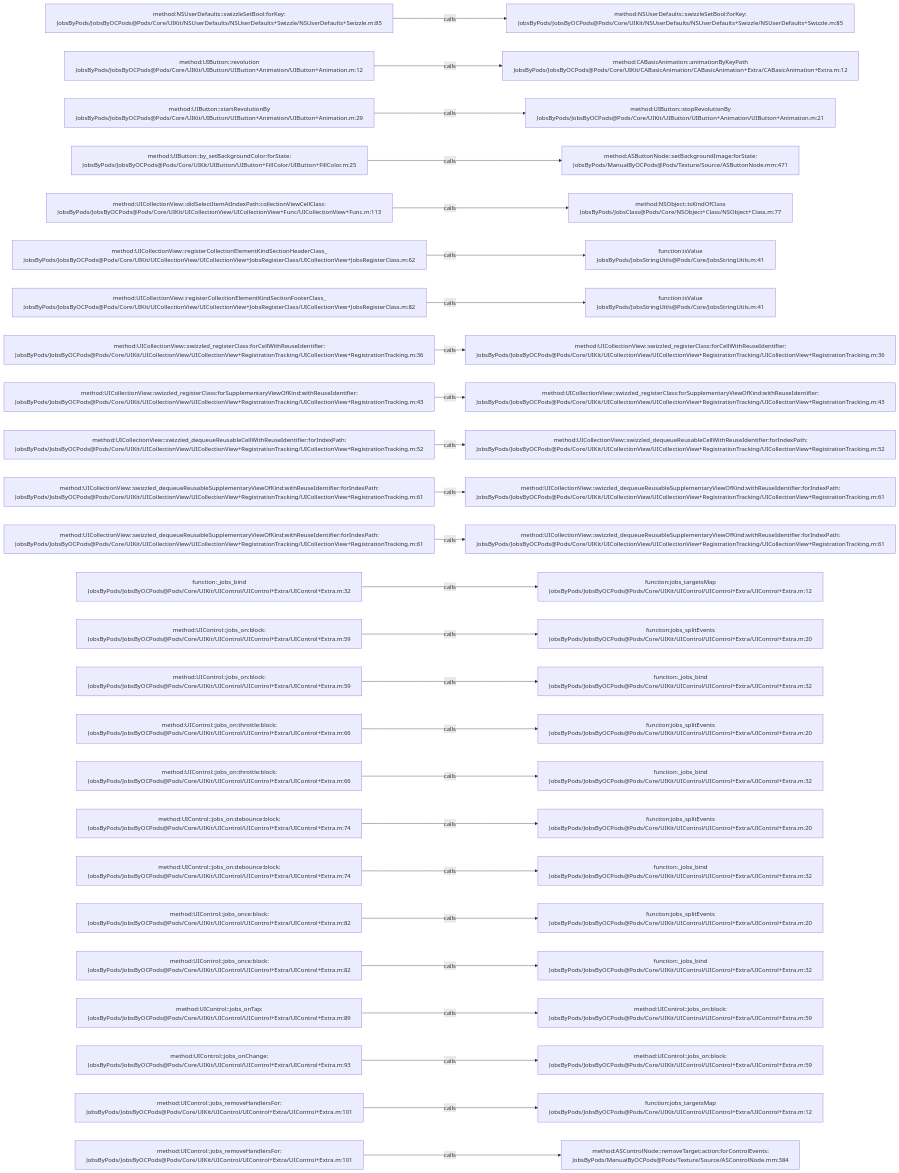
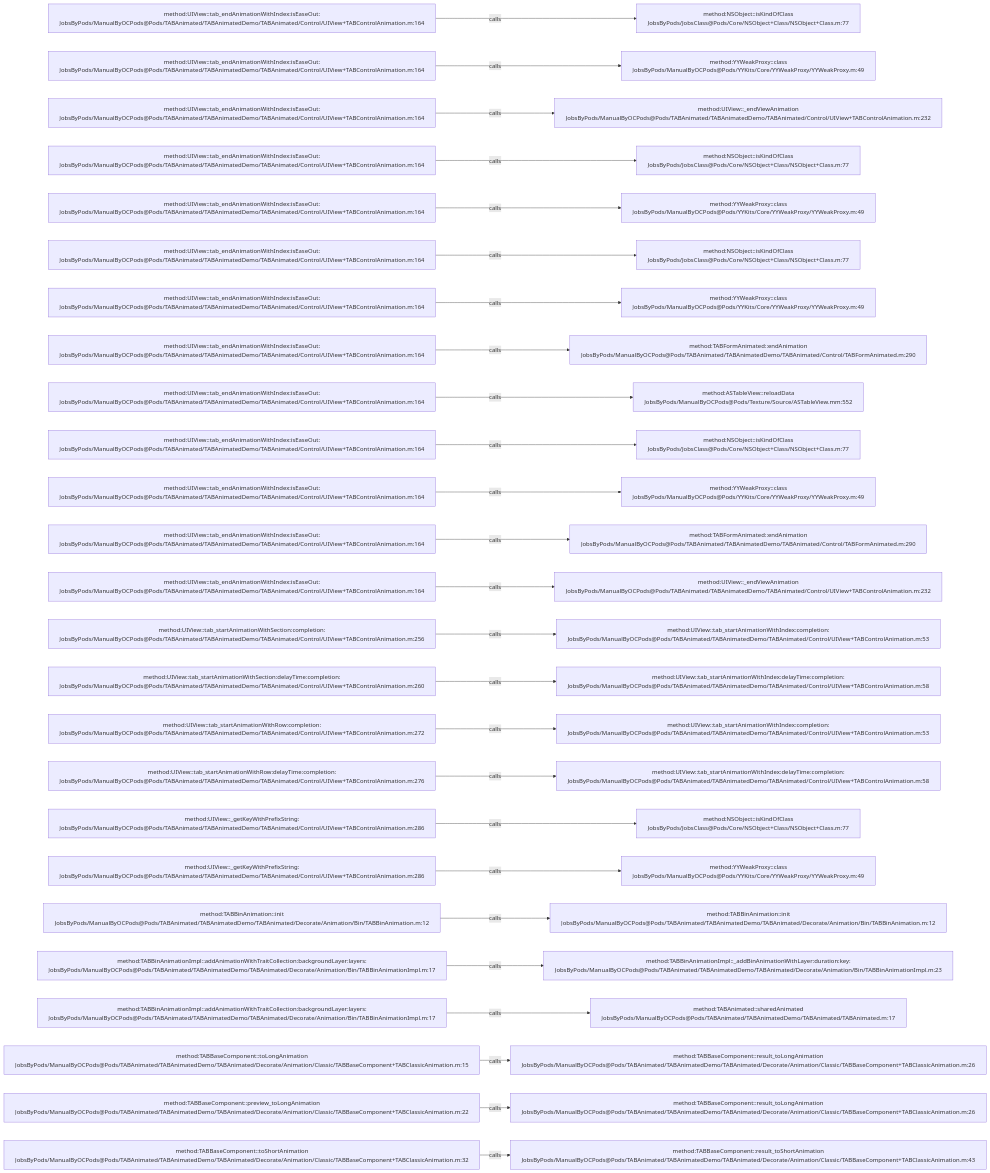
One commit to JobsKits/JobsOCBaseConfigDemo changed the diagram in .codegraph/codegraph.md/graphs/calls-035.md. Above: the diagram before and after it, drawn with Mermaid. The commit also changed 2162 other files, not shown here.

````diff
--- a/.codegraph/codegraph.md/graphs/calls-035.md
+++ b/.codegraph/codegraph.md/graphs/calls-035.md
@@ -13,78 +13,78 @@
 ```mermaid
 flowchart LR
-  S1["method:NSUserDefaults::swizzleSetBool:forKey:<br/>JobsByPods/JobsByOCPods@Pods/Core/UIKit/NSUserDefaults/NSUserDefaults+Swizzle/NSUserDefaults+Swizzle.m:85"]
-  T1["method:NSUserDefaults::swizzleSetBool:forKey:<br/>JobsByPods/JobsByOCPods@Pods/Core/UIKit/NSUserDefaults/NSUserDefaults+Swizzle/NSUserDefaults+Swizzle.m:85"]
+  S1["method:UIView::tab_endAnimationWithIndex:isEaseOut:<br/>JobsByPods/ManualByOCPods@Pods/TABAnimated/TABAnimatedDemo/TABAnimated/Control/UIView+TABControlAnimation.m:164"]
+  T1["method:NSObject::isKindOfClass<br/>JobsByPods/JobsClass@Pods/Core/NSObject+Class/NSObject+Class.m:77"]
   S1 -->|calls| T1
-  S2["method:UIButton::revolution<br/>JobsByPods/JobsByOCPods@Pods/Core/UIKit/UIButton/UIButton+Animation/UIButton+Animation.m:12"]
-  T2["method:CABasicAnimation::animationByKeyPath<br/>JobsByPods/JobsByOCPods@Pods/Core/UIKit/CABasicAnimation/CABasicAnimation+Extra/CABasicAnimation+Extra.m:12"]
+  S2["method:UIView::tab_endAnimationWithIndex:isEaseOut:<br/>JobsByPods/ManualByOCPods@Pods/TABAnimated/TABAnimatedDemo/TABAnimated/Control/UIView+TABControlAnimation.m:164"]
+  T2["method:YYWeakProxy::class<br/>JobsByPods/ManualByOCPods@Pods/YYKits/Core/YYWeakProxy/YYWeakProxy.m:49"]
   S2 -->|calls| T2
-  S3["method:UIButton::startRevolutionBy<br/>JobsByPods/JobsByOCPods@Pods/Core/UIKit/UIButton/UIButton+Animation/UIButton+Animation.m:29"]
-  T3["method:UIButton::stopRevolutionBy<br/>JobsByPods/JobsByOCPods@Pods/Core/UIKit/UIButton/UIButton+Animation/UIButton+Animation.m:21"]
+  S3["method:UIView::tab_endAnimationWithIndex:isEaseOut:<br/>JobsByPods/ManualByOCPods@Pods/TABAnimated/TABAnimatedDemo/TABAnimated/Control/UIView+TABControlAnimation.m:164"]
+  T3["method:UIView::_endViewAnimation<br/>JobsByPods/ManualByOCPods@Pods/TABAnimated/TABAnimatedDemo/TABAnimated/Control/UIView+TABControlAnimation.m:232"]
   S3 -->|calls| T3
-  S4["method:UIButton::by_setBackgroundColor:forState:<br/>JobsByPods/JobsByOCPods@Pods/Core/UIKit/UIButton/UIButton+FillColor/UIButton+FillColor.m:25"]
-  T4["method:ASButtonNode::setBackgroundImage:forState:<br/>JobsByPods/ManualByOCPods@Pods/Texture/Source/ASButtonNode.mm:471"]
+  S4["method:UIView::tab_endAnimationWithIndex:isEaseOut:<br/>JobsByPods/ManualByOCPods@Pods/TABAnimated/TABAnimatedDemo/TABAnimated/Control/UIView+TABControlAnimation.m:164"]
+  T4["method:NSObject::isKindOfClass<br/>JobsByPods/JobsClass@Pods/Core/NSObject+Class/NSObject+Class.m:77"]
   S4 -->|calls| T4
-  S5["method:UICollectionView::didSelectItemAtIndexPath:collectionViewCellClass:<br/>JobsByPods/JobsByOCPods@Pods/Core/UIKit/UICollectionView/UICollectionView+Func/UICollectionView+Func.m:113"]
-  T5["method:NSObject::isKindOfClass<br/>JobsByPods/JobsClass@Pods/Core/NSObject+Class/NSObject+Class.m:77"]
+  S5["method:UIView::tab_endAnimationWithIndex:isEaseOut:<br/>JobsByPods/ManualByOCPods@Pods/TABAnimated/TABAnimatedDemo/TABAnimated/Control/UIView+TABControlAnimation.m:164"]
+  T5["method:YYWeakProxy::class<br/>JobsByPods/ManualByOCPods@Pods/YYKits/Core/YYWeakProxy/YYWeakProxy.m:49"]
   S5 -->|calls| T5
-  S6["method:UICollectionView::registerCollectionElementKindSectionHeaderClass_<br/>JobsByPods/JobsByOCPods@Pods/Core/UIKit/UICollectionView/UICollectionView+JobsRegisterClass/UICollectionView+JobsRegisterClass.m:62"]
-  T6["function:isValue<br/>JobsByPods/JobsStringUtils@Pods/Core/JobsStringUtils.m:41"]
+  S6["method:UIView::tab_endAnimationWithIndex:isEaseOut:<br/>JobsByPods/ManualByOCPods@Pods/TABAnimated/TABAnimatedDemo/TABAnimated/Control/UIView+TABControlAnimation.m:164"]
+  T6["method:NSObject::isKindOfClass<br/>JobsByPods/JobsClass@Pods/Core/NSObject+Class/NSObject+Class.m:77"]
   S6 -->|calls| T6
-  S7["method:UICollectionView::registerCollectionElementKindSectionFooterClass_<br/>JobsByPods/JobsByOCPods@Pods/Core/UIKit/UICollectionView/UICollectionView+JobsRegisterClass/UICollectionView+JobsRegisterClass.m:82"]
-  T7["function:isValue<br/>JobsByPods/JobsStringUtils@Pods/Core/JobsStringUtils.m:41"]
+  S7["method:UIView::tab_endAnimationWithIndex:isEaseOut:<br/>JobsByPods/ManualByOCPods@Pods/TABAnimated/TABAnimatedDemo/TABAnimated/Control/UIView+TABControlAnimation.m:164"]
+  T7["method:YYWeakProxy::class<br/>JobsByPods/ManualByOCPods@Pods/YYKits/Core/YYWeakProxy/YYWeakProxy.m:49"]
   S7 -->|calls| T7
-  S8["method:UICollectionView::swizzled_registerClass:forCellWithReuseIdentifier:<br/>JobsByPods/JobsByOCPods@Pods/Core/UIKit/UICollectionView/UICollectionView+RegistrationTracking/UICollectionView+RegistrationTracking.m:36"]
-  T8["method:UICollectionView::swizzled_registerClass:forCellWithReuseIdentifier:<br/>JobsByPods/JobsByOCPods@Pods/Core/UIKit/UICollectionView/UICollectionView+RegistrationTracking/UICollectionView+RegistrationTracking.m:36"]
+  S8["method:UIView::tab_endAnimationWithIndex:isEaseOut:<br/>JobsByPods/ManualByOCPods@Pods/TABAnimated/TABAnimatedDemo/TABAnimated/Control/UIView+TABControlAnimation.m:164"]
+  T8["method:TABFormAnimated::endAnimation<br/>JobsByPods/ManualByOCPods@Pods/TABAnimated/TABAnimatedDemo/TABAnimated/Control/TABFormAnimated.m:290"]
   S8 -->|calls| T8
-  S9["method:UICollectionView::swizzled_registerClass:forSupplementaryViewOfKind:withReuseIdentifier:<br/>JobsByPods/JobsByOCPods@Pods/Core/UIKit/UICollectionView/UICollectionView+RegistrationTracking/UICollectionView+RegistrationTracking.m:43"]
-  T9["method:UICollectionView::swizzled_registerClass:forSupplementaryViewOfKind:withReuseIdentifier:<br/>JobsByPods/JobsByOCPods@Pods/Core/UIKit/UICollectionView/UICollectionView+RegistrationTracking/UICollectionView+RegistrationTracking.m:43"]
+  S9["method:UIView::tab_endAnimationWithIndex:isEaseOut:<br/>JobsByPods/ManualByOCPods@Pods/TABAnimated/TABAnimatedDemo/TABAnimated/Control/UIView+TABControlAnimation.m:164"]
+  T9["method:ASTableView::reloadData<br/>JobsByPods/ManualByOCPods@Pods/Texture/Source/ASTableView.mm:552"]
   S9 -->|calls| T9
-  S10["method:UICollectionView::swizzled_dequeueReusableCellWithReuseIdentifier:forIndexPath:<br/>JobsByPods/JobsByOCPods@Pods/Core/UIKit/UICollectionView/UICollectionView+RegistrationTracking/UICollectionView+RegistrationTracking.m:52"]
-  T10["method:UICollectionView::swizzled_dequeueReusableCellWithReuseIdentifier:forIndexPath:<br/>JobsByPods/JobsByOCPods@Pods/Core/UIKit/UICollectionView/UICollectionView+RegistrationTracking/UICollectionView+RegistrationTracking.m:52"]
+  S10["method:UIView::tab_endAnimationWithIndex:isEaseOut:<br/>JobsByPods/ManualByOCPods@Pods/TABAnimated/TABAnimatedDemo/TABAnimated/Control/UIView+TABControlAnimation.m:164"]
+  T10["method:NSObject::isKindOfClass<br/>JobsByPods/JobsClass@Pods/Core/NSObject+Class/NSObject+Class.m:77"]
   S10 -->|calls| T10
-  S11["method:UICollectionView::swizzled_dequeueReusableSupplementaryViewOfKind:withReuseIdentifier:forIndexPath:<br/>JobsByPods/JobsByOCPods@Pods/Core/UIKit/UICollectionView/UICollectionView+RegistrationTracking/UICollectionView+RegistrationTracking.m:61"]
-  T11["method:UICollectionView::swizzled_dequeueReusableSupplementaryViewOfKind:withReuseIdentifier:forIndexPath:<br/>JobsByPods/JobsByOCPods@Pods/Core/UIKit/UICollectionView/UICollectionView+RegistrationTracking/UICollectionView+RegistrationTracking.m:61"]
+  S11["method:UIView::tab_endAnimationWithIndex:isEaseOut:<br/>JobsByPods/ManualByOCPods@Pods/TABAnimated/TABAnimatedDemo/TABAnimated/Control/UIView+TABControlAnimation.m:164"]
+  T11["method:YYWeakProxy::class<br/>JobsByPods/ManualByOCPods@Pods/YYKits/Core/YYWeakProxy/YYWeakProxy.m:49"]
   S11 -->|calls| T11
-  S12["method:UICollectionView::swizzled_dequeueReusableSupplementaryViewOfKind:withReuseIdentifier:forIndexPath:<br/>JobsByPods/JobsByOCPods@Pods/Core/UIKit/UICollectionView/UICollectionView+RegistrationTracking/UICollectionView+RegistrationTracking.m:61"]
-  T12["method:UICollectionView::swizzled_dequeueReusableSupplementaryViewOfKind:withReuseIdentifier:forIndexPath:<br/>JobsByPods/JobsByOCPods@Pods/Core/UIKit/UICollectionView/UICollectionView+RegistrationTracking/UICollectionView+RegistrationTracking.m:61"]
+  S12["method:UIView::tab_endAnimationWithIndex:isEaseOut:<br/>JobsByPods/ManualByOCPods@Pods/TABAnimated/TABAnimatedDemo/TABAnimated/Control/UIView+TABControlAnimation.m:164"]
+  T12["method:TABFormAnimated::endAnimation<br/>JobsByPods/ManualByOCPods@Pods/TABAnimated/TABAnimatedDemo/TABAnimated/Control/TABFormAnimated.m:290"]
   S12 -->|calls| T12
-  S13["function:_jobs_bind<br/>JobsByPods/JobsByOCPods@Pods/Core/UIKit/UIControl/UIControl+Extra/UIControl+Extra.m:32"]
-  T13["function:jobs_targetsMap<br/>JobsByPods/JobsByOCPods@Pods/Core/UIKit/UIControl/UIControl+Extra/UIControl+Extra.m:12"]
+  S13["method:UIView::tab_endAnimationWithIndex:isEaseOut:<br/>JobsByPods/ManualByOCPods@Pods/TABAnimated/TABAnimatedDemo/TABAnimated/Control/UIView+TABControlAnimation.m:164"]
+  T13["method:UIView::_endViewAnimation<br/>JobsByPods/ManualByOCPods@Pods/TABAnimated/TABAnimatedDemo/TABAnimated/Control/UIView+TABControlAnimation.m:232"]
   S13 -->|calls| T13
-  S14["method:UIControl::jobs_on:block:<br/>JobsByPods/JobsByOCPods@Pods/Core/UIKit/UIControl/UIControl+Extra/UIControl+Extra.m:59"]
-  T14["function:jobs_splitEvents<br/>JobsByPods/JobsByOCPods@Pods/Core/UIKit/UIControl/UIControl+Extra/UIControl+Extra.m:20"]
+  S14["method:UIView::tab_startAnimationWithSection:completion:<br/>JobsByPods/ManualByOCPods@Pods/TABAnimated/TABAnimatedDemo/TABAnimated/Control/UIView+TABControlAnimation.m:256"]
+  T14["method:UIView::tab_startAnimationWithIndex:completion:<br/>JobsByPods/ManualByOCPods@Pods/TABAnimated/TABAnimatedDemo/TABAnimated/Control/UIView+TABControlAnimation.m:53"]
   S14 -->|calls| T14
-  S15["method:UIControl::jobs_on:block:<br/>JobsByPods/JobsByOCPods@Pods/Core/UIKit/UIControl/UIControl+Extra/UIControl+Extra.m:59"]
-  T15["function:_jobs_bind<br/>JobsByPods/JobsByOCPods@Pods/Core/UIKit/UIControl/UIControl+Extra/UIControl+Extra.m:32"]
+  S15["method:UIView::tab_startAnimationWithSection:delayTime:completion:<br/>JobsByPods/ManualByOCPods@Pods/TABAnimated/TABAnimatedDemo/TABAnimated/Control/UIView+TABControlAnimation.m:260"]
+  T15["method:UIView::tab_startAnimationWithIndex:delayTime:completion:<br/>JobsByPods/ManualByOCPods@Pods/TABAnimated/TABAnimatedDemo/TABAnimated/Control/UIView+TABControlAnimation.m:58"]
   S15 -->|calls| T15
-  S16["method:UIControl::jobs_on:throttle:block:<br/>JobsByPods/JobsByOCPods@Pods/Core/UIKit/UIControl/UIControl+Extra/UIControl+Extra.m:66"]
-  T16["function:jobs_splitEvents<br/>JobsByPods/JobsByOCPods@Pods/Core/UIKit/UIControl/UIControl+Extra/UIControl+Extra.m:20"]
+  S16["method:UIView::tab_startAnimationWithRow:completion:<br/>JobsByPods/ManualByOCPods@Pods/TABAnimated/TABAnimatedDemo/TABAnimated/Control/UIView+TABControlAnimation.m:272"]
+  T16["method:UIView::tab_startAnimationWithIndex:completion:<br/>JobsByPods/ManualByOCPods@Pods/TABAnimated/TABAnimatedDemo/TABAnimated/Control/UIView+TABControlAnimation.m:53"]
   S16 -->|calls| T16
-  S17["method:UIControl::jobs_on:throttle:block:<br/>JobsByPods/JobsByOCPods@Pods/Core/UIKit/UIControl/UIControl+Extra/UIControl+Extra.m:66"]
-  T17["function:_jobs_bind<br/>JobsByPods/JobsByOCPods@Pods/Core/UIKit/UIControl/UIControl+Extra/UIControl+Extra.m:32"]
+  S17["method:UIView::tab_startAnimationWithRow:delayTime:completion:<br/>JobsByPods/ManualByOCPods@Pods/TABAnimated/TABAnimatedDemo/TABAnimated/Control/UIView+TABControlAnimation.m:276"]
+  T17["method:UIView::tab_startAnimationWithIndex:delayTime:completion:<br/>JobsByPods/ManualByOCPods@Pods/TABAnimated/TABAnimatedDemo/TABAnimated/Control/UIView+TABControlAnimation.m:58"]
   S17 -->|calls| T17
-  S18["method:UIControl::jobs_on:debounce:block:<br/>JobsByPods/JobsByOCPods@Pods/Core/UIKit/UIControl/UIControl+Extra/UIControl+Extra.m:74"]
-  T18["function:jobs_splitEvents<br/>JobsByPods/JobsByOCPods@Pods/Core/UIKit/UIControl/UIControl+Extra/UIControl+Extra.m:20"]
+  S18["method:UIView::_getKeyWithPrefixString:<br/>JobsByPods/ManualByOCPods@Pods/TABAnimated/TABAnimatedDemo/TABAnimated/Control/UIView+TABControlAnimation.m:286"]
+  T18["method:NSObject::isKindOfClass<br/>JobsByPods/JobsClass@Pods/Core/NSObject+Class/NSObject+Class.m:77"]
   S18 -->|calls| T18
-  S19["method:UIControl::jobs_on:debounce:block:<br/>JobsByPods/JobsByOCPods@Pods/Core/UIKit/UIControl/UIControl+Extra/UIControl+Extra.m:74"]
-  T19["function:_jobs_bind<br/>JobsByPods/JobsByOCPods@Pods/Core/UIKit/UIControl/UIControl+Extra/UIControl+Extra.m:32"]
+  S19["method:UIView::_getKeyWithPrefixString:<br/>JobsByPods/ManualByOCPods@Pods/TABAnimated/TABAnimatedDemo/TABAnimated/Control/UIView+TABControlAnimation.m:286"]
+  T19["method:YYWeakProxy::class<br/>JobsByPods/ManualByOCPods@Pods/YYKits/Core/YYWeakProxy/YYWeakProxy.m:49"]
   S19 -->|calls| T19
-  S20["method:UIControl::jobs_once:block:<br/>JobsByPods/JobsByOCPods@Pods/Core/UIKit/UIControl/UIControl+Extra/UIControl+Extra.m:82"]
-  T20["function:jobs_splitEvents<br/>JobsByPods/JobsByOCPods@Pods/Core/UIKit/UIControl/UIControl+Extra/UIControl+Extra.m:20"]
+  S20["method:TABBinAnimation::init<br/>JobsByPods/ManualByOCPods@Pods/TABAnimated/TABAnimatedDemo/TABAnimated/Decorate/Animation/Bin/TABBinAnimation.m:12"]
+  T20["method:TABBinAnimation::init<br/>JobsByPods/ManualByOCPods@Pods/TABAnimated/TABAnimatedDemo/TABAnimated/Decorate/Animation/Bin/TABBinAnimation.m:12"]
   S20 -->|calls| T20
-  S21["method:UIControl::jobs_once:block:<br/>JobsByPods/JobsByOCPods@Pods/Core/UIKit/UIControl/UIControl+Extra/UIControl+Extra.m:82"]
-  T21["function:_jobs_bind<br/>JobsByPods/JobsByOCPods@Pods/Core/UIKit/UIControl/UIControl+Extra/UIControl+Extra.m:32"]
+  S21["method:TABBinAnimationImpl::addAnimationWithTraitCollection:backgroundLayer:layers:<br/>JobsByPods/ManualByOCPods@Pods/TABAnimated/TABAnimatedDemo/TABAnimated/Decorate/Animation/Bin/TABBinAnimationImpl.m:17"]
+  T21["method:TABBinAnimationImpl::_addBinAnimationWithLayer:duration:key:<br/>JobsByPods/ManualByOCPods@Pods/TABAnimated/TABAnimatedDemo/TABAnimated/Decorate/Animation/Bin/TABBinAnimationImpl.m:23"]
   S21 -->|calls| T21
-  S22["method:UIControl::jobs_onTap:<br/>JobsByPods/JobsByOCPods@Pods/Core/UIKit/UIControl/UIControl+Extra/UIControl+Extra.m:89"]
-  T22["method:UIControl::jobs_on:block:<br/>JobsByPods/JobsByOCPods@Pods/Core/UIKit/UIControl/UIControl+Extra/UIControl+Extra.m:59"]
+  S22["method:TABBinAnimationImpl::addAnimationWithTraitCollection:backgroundLayer:layers:<br/>JobsByPods/ManualByOCPods@Pods/TABAnimated/TABAnimatedDemo/TABAnimated/Decorate/Animation/Bin/TABBinAnimationImpl.m:17"]
+  T22["method:TABAnimated::sharedAnimated<br/>JobsByPods/ManualByOCPods@Pods/TABAnimated/TABAnimatedDemo/TABAnimated/TABAnimated.m:17"]
   S22 -->|calls| T22
-  S23["method:UIControl::jobs_onChange:<br/>JobsByPods/JobsByOCPods@Pods/Core/UIKit/UIControl/UIControl+Extra/UIControl+Extra.m:93"]
-  T23["method:UIControl::jobs_on:block:<br/>JobsByPods/JobsByOCPods@Pods/Core/UIKit/UIControl/UIControl+Extra/UIControl+Extra.m:59"]
+  S23["method:TABBaseComponent::toLongAnimation<br/>JobsByPods/ManualByOCPods@Pods/TABAnimated/TABAnimatedDemo/TABAnimated/Decorate/Animation/Classic/TABBaseComponent+TABClassicAnimation.m:15"]
+  T23["method:TABBaseComponent::result_toLongAnimation<br/>JobsByPods/ManualByOCPods@Pods/TABAnimated/TABAnimatedDemo/TABAnimated/Decorate/Animation/Classic/TABBaseComponent+TABClassicAnimation.m:26"]
   S23 -->|calls| T23
-  S24["method:UIControl::jobs_removeHandlersFor:<br/>JobsByPods/JobsByOCPods@Pods/Core/UIKit/UIControl/UIControl+Extra/UIControl+Extra.m:101"]
-  T24["function:jobs_targetsMap<br/>JobsByPods/JobsByOCPods@Pods/Core/UIKit/UIControl/UIControl+Extra/UIControl+Extra.m:12"]
+  S24["method:TABBaseComponent::preview_toLongAnimation<br/>JobsByPods/ManualByOCPods@Pods/TABAnimated/TABAnimatedDemo/TABAnimated/Decorate/Animation/Classic/TABBaseComponent+TABClassicAnimation.m:22"]
+  T24["method:TABBaseComponent::result_toLongAnimation<br/>JobsByPods/ManualByOCPods@Pods/TABAnimated/TABAnimatedDemo/TABAnimated/Decorate/Animation/Classic/TABBaseComponent+TABClassicAnimation.m:26"]
   S24 -->|calls| T24
-  S25["method:UIControl::jobs_removeHandlersFor:<br/>JobsByPods/JobsByOCPods@Pods/Core/UIKit/UIControl/UIControl+Extra/UIControl+Extra.m:101"]
-  T25["method:ASControlNode::removeTarget:action:forControlEvents:<br/>JobsByPods/ManualByOCPods@Pods/Texture/Source/ASControlNode.mm:384"]
+  S25["method:TABBaseComponent::toShortAnimation<br/>JobsByPods/ManualByOCPods@Pods/TABAnimated/TABAnimatedDemo/TABAnimated/Decorate/Animation/Classic/TABBaseComponent+TABClassicAnimation.m:32"]
+  T25["method:TABBaseComponent::result_toShortAnimation<br/>JobsByPods/ManualByOCPods@Pods/TABAnimated/TABAnimatedDemo/TABAnimated/Decorate/Animation/Classic/TABBaseComponent+TABClassicAnimation.m:43"]
   S25 -->|calls| T25
 ```
````
